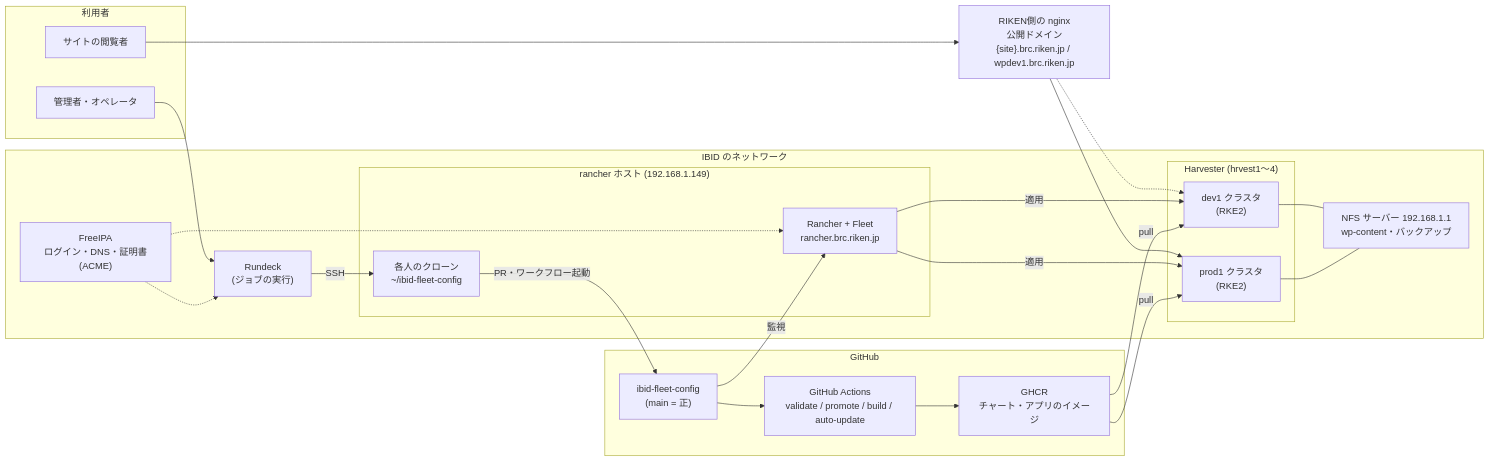
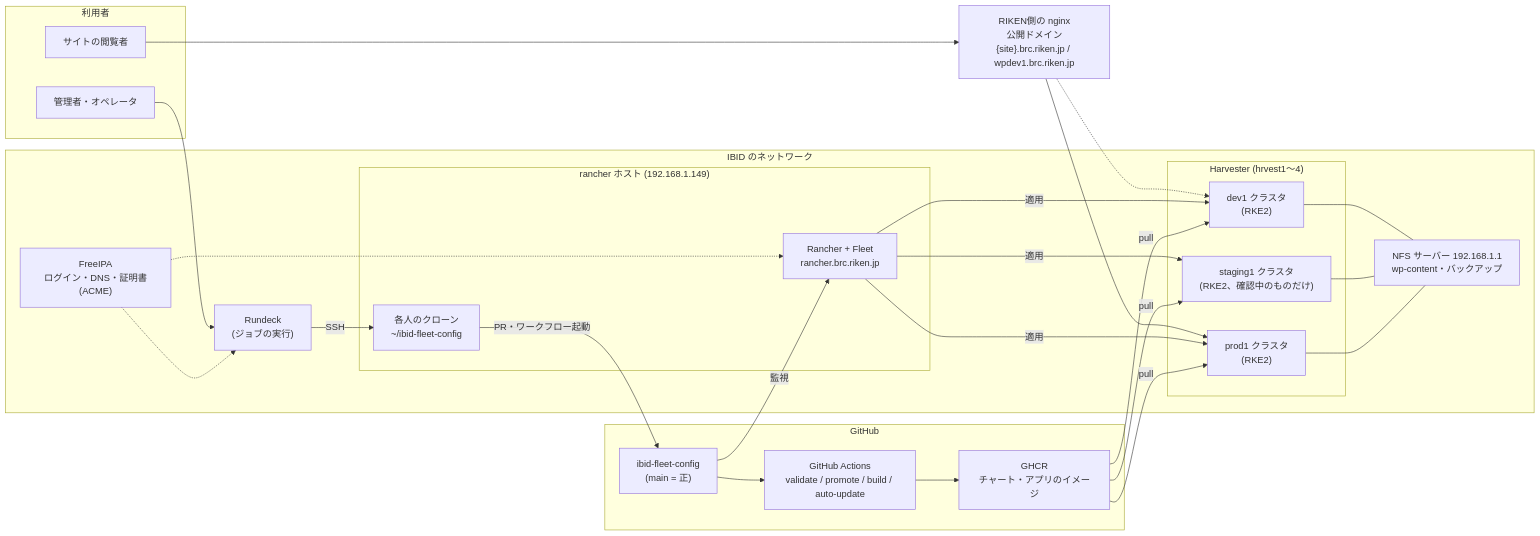
The first of 10 diagrams in docs/architecture.md (silver198545/ibid-fleet-config), drawn with Mermaid before and after one commit. The commit also changed other lines of this file and 24 other files, not shown here.

````diff
--- a/docs/architecture.md
+++ b/docs/architecture.md
@@ -20,43 +20,47 @@
 ```mermaid
 flowchart LR
   subgraph Internet["利用者"]
     V["サイトの閲覧者"]
     OP["管理者・オペレータ"]
   end
   NGINX["RIKEN側の nginx<br>公開ドメイン<br>{site}.brc.riken.jp / wpdev1.brc.riken.jp"]
 
   subgraph GH["GitHub"]
     REPO["ibid-fleet-config<br>(main = 正)"]
     ACT["GitHub Actions<br>validate / promote / build / auto-update"]
     GHCR["GHCR<br>チャート・アプリのイメージ"]
   end
 
   subgraph LAN["IBID のネットワーク"]
     RUNDECK["Rundeck<br>(ジョブの実行)"]
     subgraph RANCHERHOST["rancher ホスト (192.168.1.149)"]
       RANCHER["Rancher + Fleet<br>rancher.brc.riken.jp"]
       CLONE["各人のクローン<br>~/ibid-fleet-config"]
     end
     subgraph HV["Harvester (hrvest1〜4)"]
       DEV["dev1 クラスタ<br>(RKE2)"]
+      STG["staging1 クラスタ<br>(RKE2、確認中のものだけ)"]
       PROD["prod1 クラスタ<br>(RKE2)"]
     end
     NFS["NFS サーバー 192.168.1.1<br>wp-content・バックアップ"]
     IPA["FreeIPA<br>ログイン・DNS・証明書(ACME)"]
   end
 
   V --> NGINX --> PROD
   NGINX -.-> DEV
   OP --> RUNDECK -->|SSH| CLONE
   CLONE -->|PR・ワークフロー起動| REPO
   REPO --> ACT --> GHCR
   REPO -->|監視| RANCHER
   RANCHER -->|適用| DEV
+  RANCHER -->|適用| STG
   RANCHER -->|適用| PROD
   DEV --- NFS
+  STG --- NFS
   PROD --- NFS
   GHCR -->|pull| DEV
+  GHCR -->|pull| STG
   GHCR -->|pull| PROD
   IPA -.-> RANCHER
   IPA -.-> RUNDECK
 ```
````
